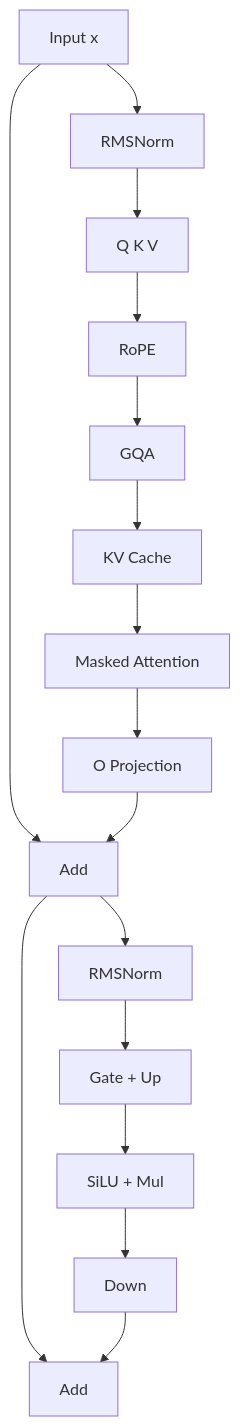
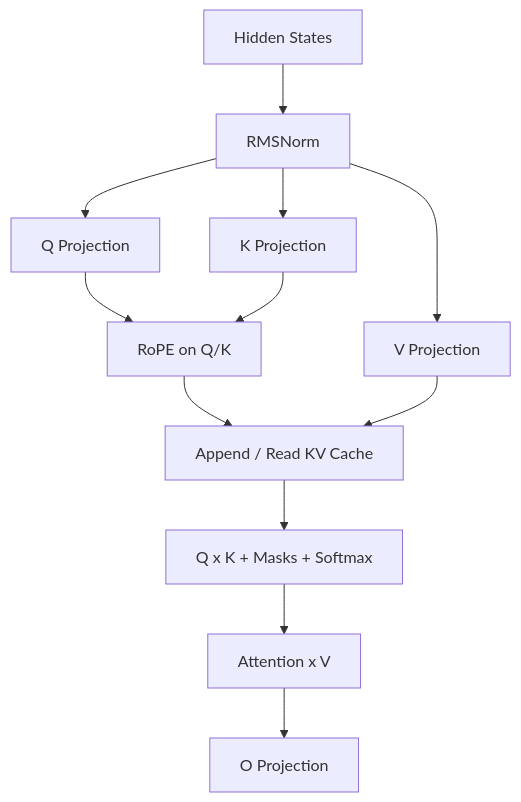
The fifth of 9 diagrams in my/docs/easy_llm_guide.zh-CN.md (eagle-dai/easy_llm.cpp), drawn with Mermaid before and after one commit. The commit also changed other lines of this file, not shown here.

````diff
--- a/my/docs/easy_llm_guide.zh-CN.md
+++ b/my/docs/easy_llm_guide.zh-CN.md
@@ -3554,18 +785,25 @@
 ```mermaid
-flowchart TD
-    A[Input x] --> B[RMSNorm]
-    B --> C[Q K V]
-    C --> D[RoPE]
-    D --> E[GQA]
-    E --> F[KV Cache]
-    F --> G[Masked Attention]
-    G --> H[O Projection]
-    A --> I[Add]
-    H --> I
-    I --> J[RMSNorm]
-    J --> K[Gate + Up]
-    K --> L[SiLU + Mul]
-    L --> M[Down]
-    I --> N[Add]
-    M --> N
+flowchart TB
+    X[Hidden States]
+    N[RMSNorm]
+    Q[Q Projection]
+    K[K Projection]
+    V[V Projection]
+    R[RoPE on Q/K]
+    C[Append / Read KV Cache]
+    A[Q x K + Masks + Softmax]
+    O[Attention x V]
+    P[O Projection]
+
+    X --> N
+    N --> Q
+    N --> K
+    N --> V
+    Q --> R
+    K --> R
+    R --> C
+    V --> C
+    C --> A
+    A --> O
+    O --> P
 ```
````
